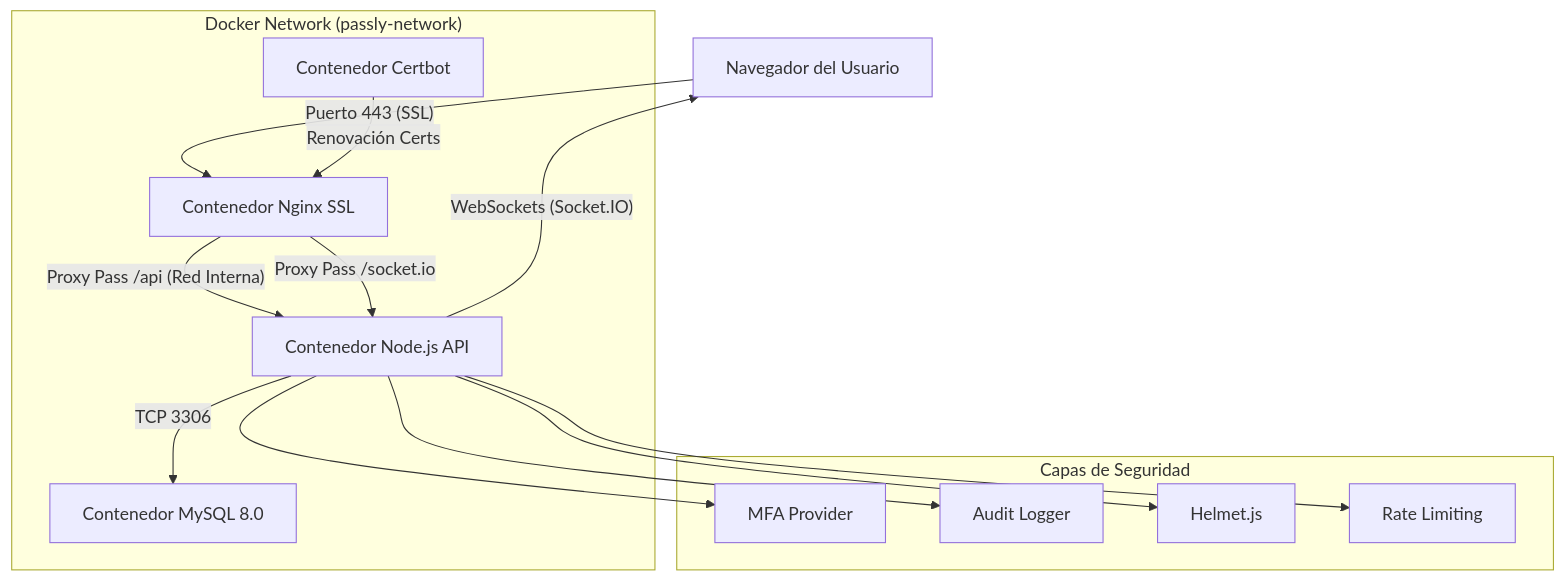
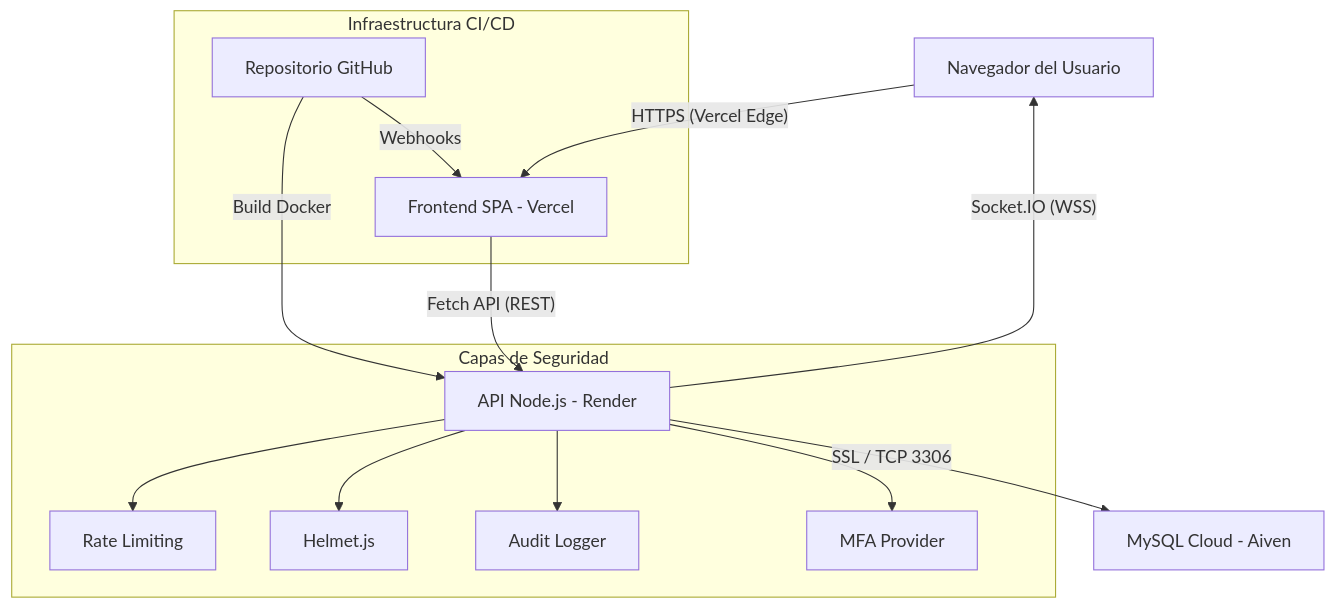
One commit to islanys31/Passly changed the third of 7 diagrams in docs/02_DIAGRAMAS_SISTEMA.md. Above: the diagram before and after it, drawn with Mermaid. The commit also changed other lines of this file and 14 other files, not shown here.

````diff
--- a/docs/02_DIAGRAMAS_SISTEMA.md
+++ b/docs/02_DIAGRAMAS_SISTEMA.md
@@ -153,21 +168,19 @@
 ```mermaid
 graph TD
-    Client[Navegador del Usuario] -- "Puerto 443 (SSL)" --> Nginx[Contenedor Nginx SSL]
-    Nginx -- "Proxy Pass /api (Red Interna)" --> API[Contenedor Node.js API]
-    Nginx -- "Proxy Pass /socket.io" --> API
-    Certbot[Contenedor Certbot] -- "Renovación Certs" --> Nginx
-    API -- "TCP 3306" --> DB[Contenedor MySQL 8.0]
-    API -- "WebSockets (Socket.IO)" --> Client
-    subgraph "Docker Network (passly-network)"
-        Nginx
-        API
-        DB
-        Certbot
+    Client[Navegador del Usuario] -- "HTTPS (Vercel Edge)" --> Front[Frontend SPA - Vercel]
+    Front -- "Fetch API (REST)" --> Backend[API Node.js - Render]
+    Backend -- "SSL / TCP 3306" --> DB[MySQL Cloud - Aiven]
+    Backend -- "Socket.IO (WSS)" --> Client
+    
+    subgraph "Capas de Seguridad"
+        Backend --> MFA[MFA Provider]
+        Backend --> Audit[Audit Logger]
+        Backend --> Helmet[Helmet.js]
+        Backend --> RateLimit[Rate Limiting]
     end
-    subgraph "Capas de Seguridad"
-        API --> MFA[MFA Provider]
-        API --> Audit[Audit Logger]
-        API --> Helmet[Helmet.js]
-        API --> RateLimit[Rate Limiting]
+    
+    subgraph "Infraestructura CI/CD"
+        Github[Repositorio GitHub] -- "Webhooks" --> Front
+        Github -- "Build Docker" --> Backend
     end
 ```
````
